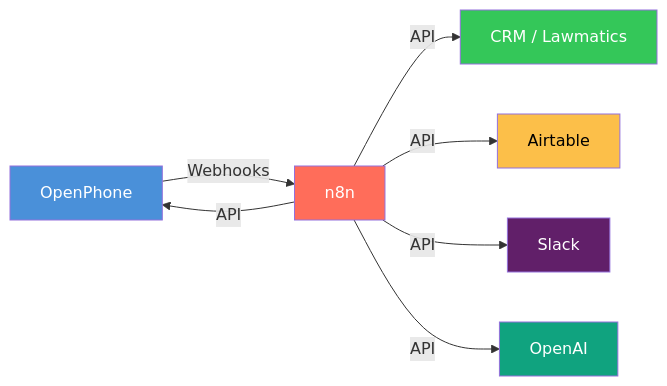
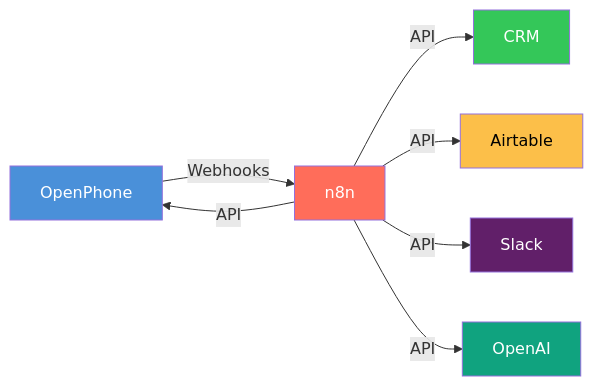
Before and after one commit to lorenzespinosa/openphone-n8n-connector: the first of 5 diagrams in README.md, drawn with Mermaid. The commit also changed other lines of this file and 4 other files, not shown here.

````diff
--- a/README.md
+++ b/README.md
@@ -7,16 +7,16 @@
 ```mermaid
 graph LR
     OP[OpenPhone] -->|Webhooks| N8N[n8n]
-    N8N -->|API| CRM[CRM / Lawmatics]
+    N8N -->|API| CRM[CRM]
     N8N -->|API| AT[Airtable]
     N8N -->|API| SL[Slack]
     N8N -->|API| AI[OpenAI]
     N8N -->|API| OP
 
     style OP fill:#4A90D9,color:#fff
     style N8N fill:#FF6D5A,color:#fff
     style CRM fill:#34C759,color:#fff
     style AT fill:#FCBF49,color:#000
     style SL fill:#611F69,color:#fff
     style AI fill:#10A37F,color:#fff
 ```
````
